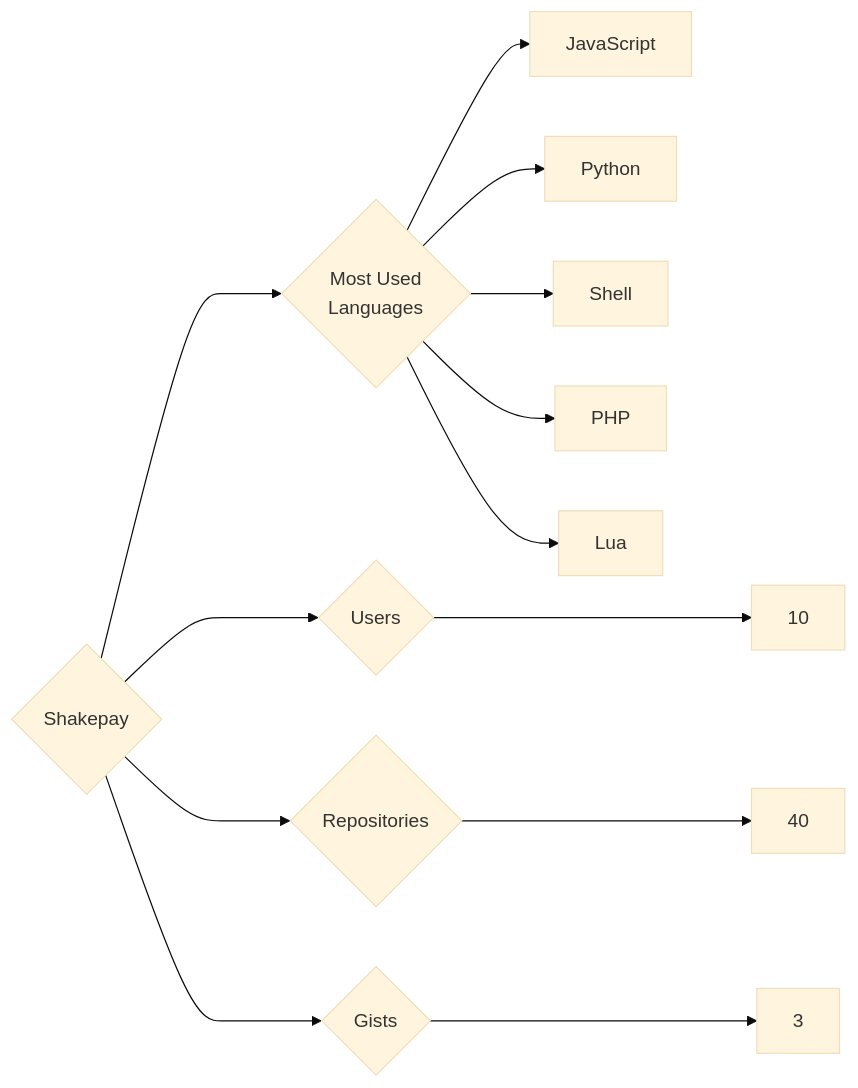
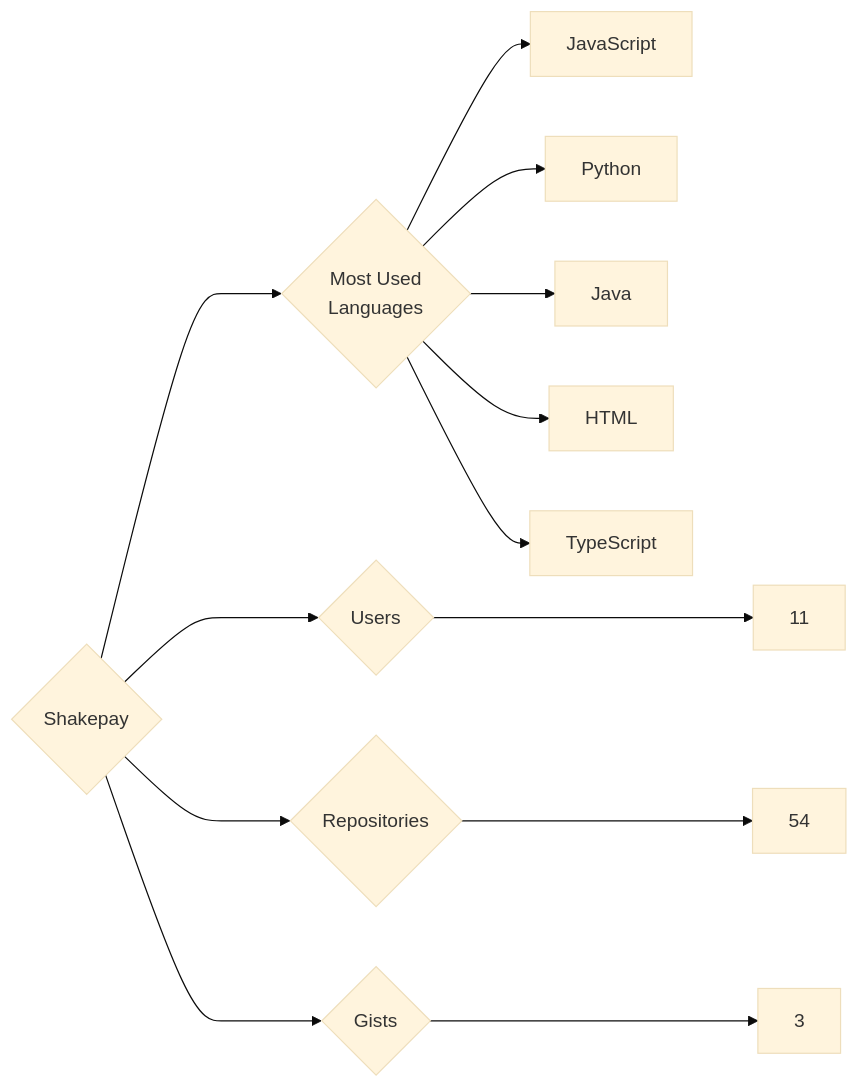
Before and after one commit to trickest/insiders: the diagram in targets/Shakepay/README.md, drawn with Mermaid (base theme). The commit also changed 1011 other files, not shown here.

````diff
--- a/targets/Shakepay/README.md
+++ b/targets/Shakepay/README.md
@@ -3,13 +3,13 @@
 ```mermaid
 graph LR
 COMPANY_NAME{Shakepay}
-COMPANY_NAME ---> U{Users} ---> UN[10]
-COMPANY_NAME ---> R{Repositories} ---> RN[40]
+COMPANY_NAME ---> U{Users} ---> UN[11]
+COMPANY_NAME ---> R{Repositories} ---> RN[54]
 COMPANY_NAME ---> G{Gists} ---> GN[3]
 COMPANY_NAME ---> ML{Most Used<br>Languages}
 ML --> JavaScript[JavaScript]
 ML --> Python[Python]
-ML --> Shell[Shell]
-ML --> PHP[PHP]
-ML --> Lua[Lua]
+ML --> Java[Java]
+ML --> HTML[HTML]
+ML --> TypeScript[TypeScript]
 ```
````
